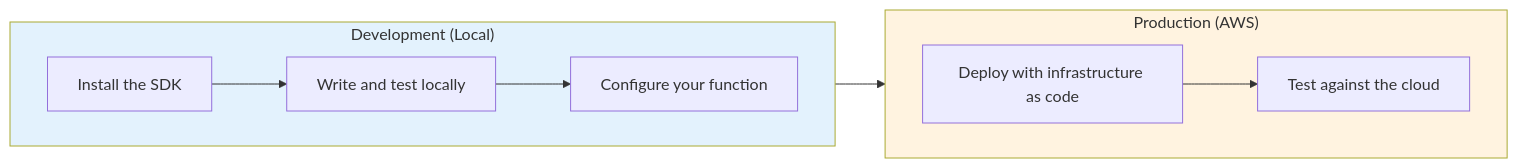
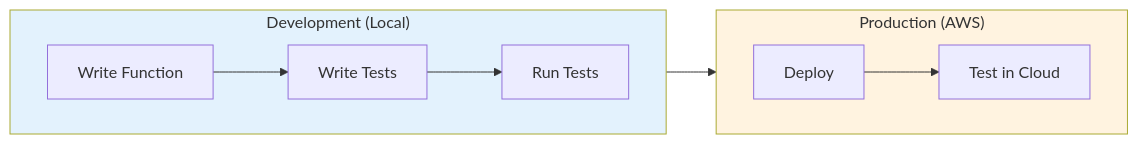
One commit to aws/aws-durable-execution-docs changed the diagram in docs/getting-started/development-environment.md. Above: the diagram before and after it, drawn with Mermaid. The commit also changed other lines of this file, not shown here.

First line of the commit message:
docs: restructure dev-env workflow sections to match flowchart steps

````diff
--- a/docs/getting-started/development-environment.md
+++ b/docs/getting-started/development-environment.md
@@ -16,20 +16,20 @@
 ```mermaid
 flowchart LR
     subgraph dev["Development (Local)"]
         direction LR
-        A["Install the SDK"]
-        B["Write and test locally"]
-        C["Configure your function"]
+        A["Write Function"]
+        B["Write Tests"]
+        C["Run Tests"]
     end
 
     subgraph prod["Production (AWS)"]
         direction LR
-        D["Deploy with infrastructure as code"]
-        E["Test against the cloud"]
+        D["Deploy"]
+        E["Test in Cloud"]
     end
 
     A --> B --> C --> D --> E
 
     style dev fill:#e3f2fd
     style prod fill:#fff3e0
 ```
````
